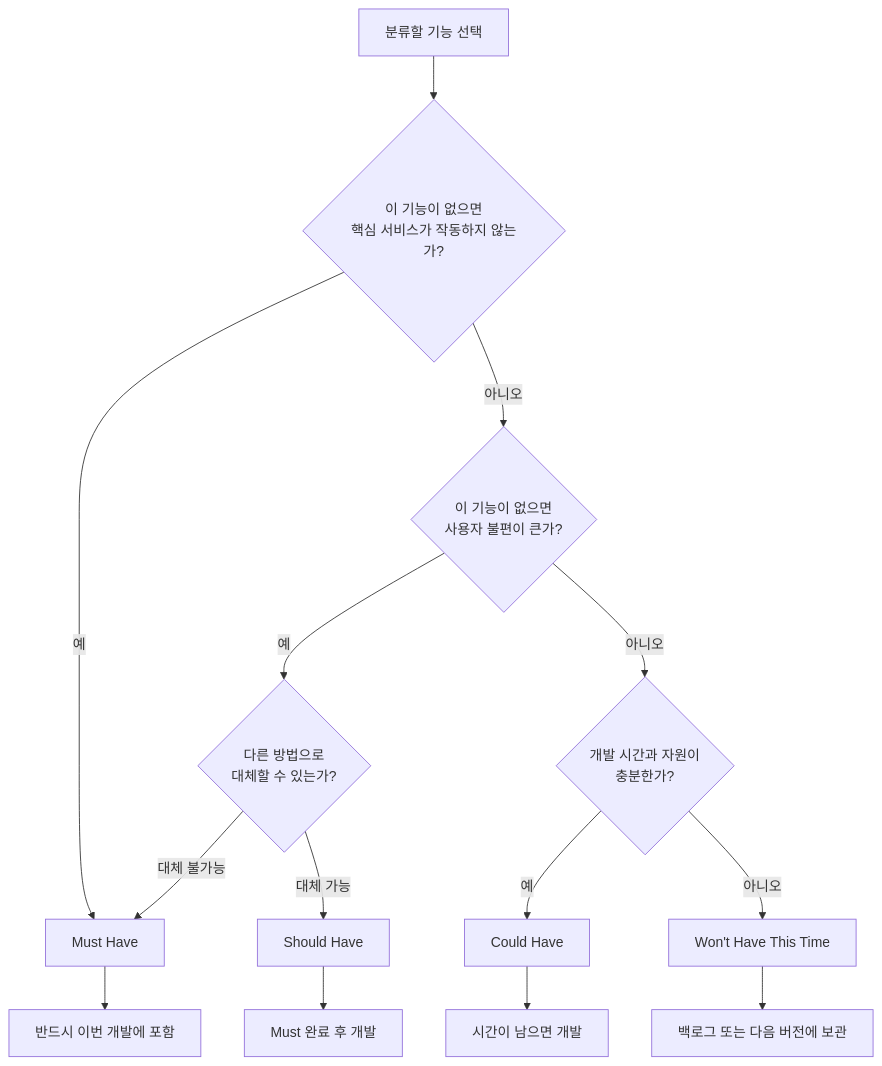
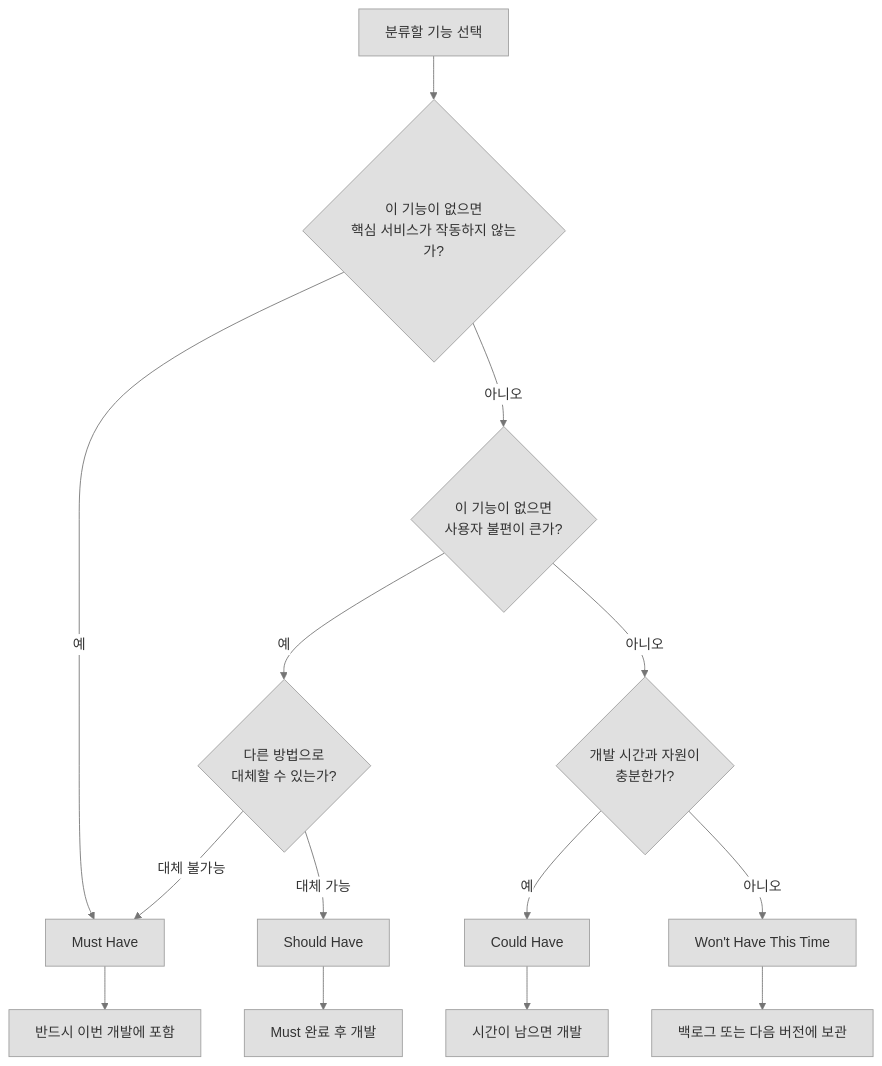
The second of 12 diagrams in 01-ax-product-planning/MoSCoW_우선순위 기법.md (simpleego/AX_Service_Builder), drawn with Mermaid before and after one commit.

Commit message:
Update MoSCoW_우선순위 기법.md

````diff
--- a/01-ax-product-planning/MoSCoW_우선순위 기법.md
+++ b/01-ax-product-planning/MoSCoW_우선순위 기법.md
@@ -288,20 +288,45 @@
 ```mermaid
+%%{init: {
+  'theme': 'base',
+  'themeVariables': {
+    'primaryColor': '#e0e0e0',
+    'primaryTextColor': '#333333',
+    'primaryBorderColor': '#9e9e9e',
+    'lineColor': '#757575',
+    'secondaryColor': '#f5f5f5',
+    'tertiaryColor': '#fafafa',
+    'background': '#fafafa',
+    'mainBkg': '#e0e0e0',
+    'secondBkg': '#f5f5f5',
+    'nodeBorder': '#9e9e9e',
+    'clusterBkg': '#eeeeee',
+    'clusterBorder': '#bdbdbd',
+    'titleColor': '#424242',
+    'edgeLabelBackground': '#ffffff',
+    'nodeTextColor': '#333333'
+  },
+  'flowchart': {
+    'htmlLabels': true,
+    'curve': 'basis'
+  }
+} }%%
+
 flowchart TD
     A[분류할 기능 선택] --> B{이 기능이 없으면<br/>핵심 서비스가 작동하지 않는가?}
 
     B -->|예| M[Must Have]
     B -->|아니오| C{이 기능이 없으면<br/>사용자 불편이 큰가?}
 
     C -->|예| D{다른 방법으로<br/>대체할 수 있는가?}
     D -->|대체 불가능| M
     D -->|대체 가능| S[Should Have]
 
     C -->|아니오| E{개발 시간과 자원이<br/>충분한가?}
     E -->|예| F[Could Have]
     E -->|아니오| W[Won't Have This Time]
 
     M --> G[반드시 이번 개발에 포함]
     S --> H[Must 완료 후 개발]
     F --> I[시간이 남으면 개발]
     W --> J[백로그 또는 다음 버전에 보관]
 ```
````
